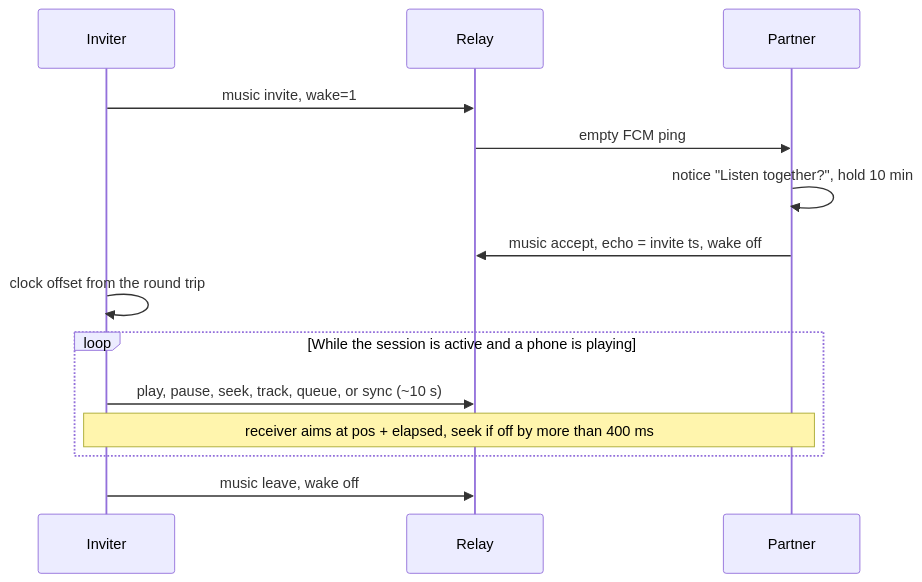
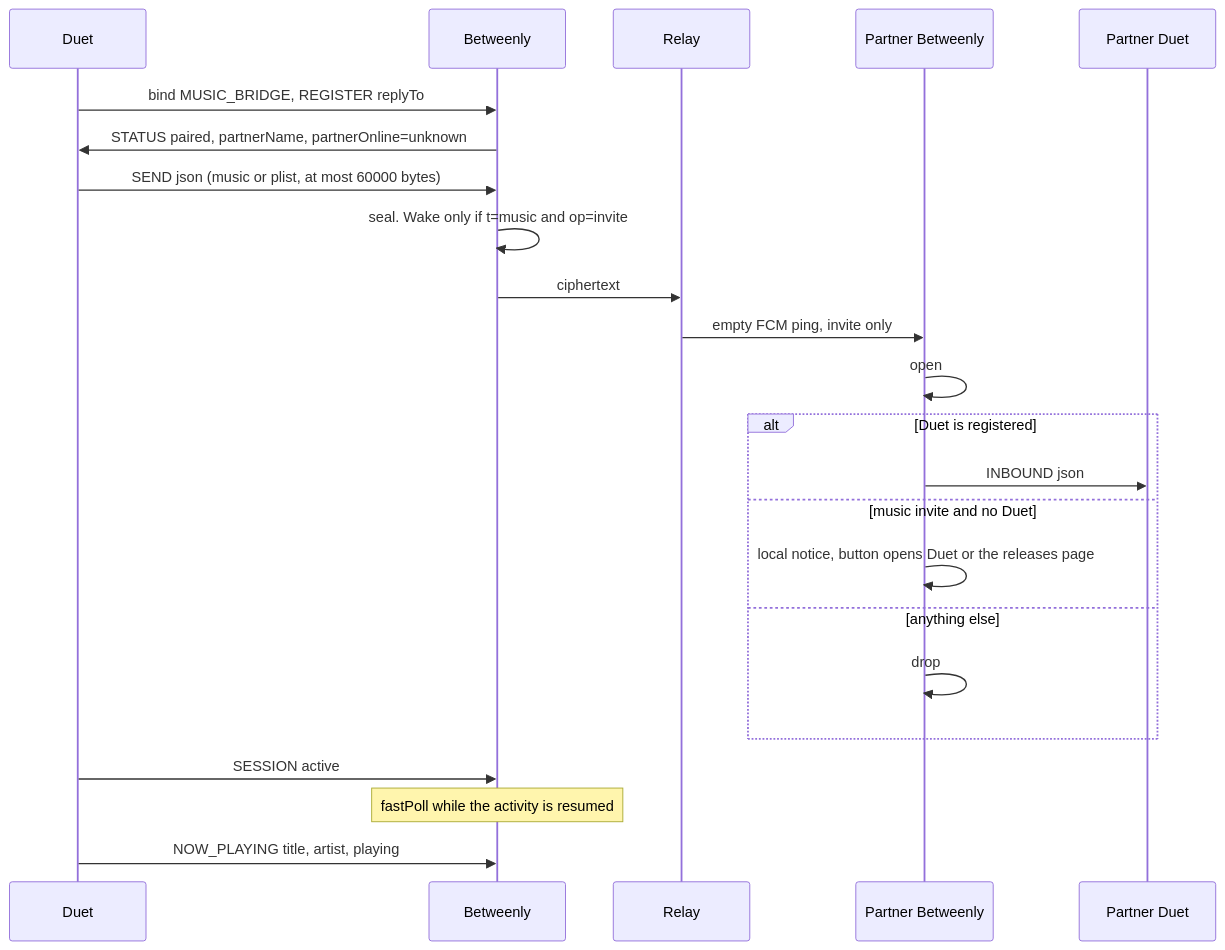
Before and after one commit to aceadones/Betweenly: the sixth of 7 diagrams in ARCHITECTURE.md, drawn with Mermaid. The commit also changed other lines of this file and 47 other files, not shown here.

Commit message:
Betweenly 0.0.1: split music into Duet (bridge + card), AGPL-3.0 licence, repo rename

````diff
--- a/ARCHITECTURE.md
+++ b/ARCHITECTURE.md
@@ -189,16 +191,25 @@
 ```mermaid
 sequenceDiagram
-    participant A as Inviter
+    participant D as Duet
+    participant B as Betweenly
     participant R as Relay
-    participant B as Partner
-    A->>R: music invite, wake=1
-    R->>B: empty FCM ping
-    B->>B: notice "Listen together?", hold 10 min
-    B->>R: music accept, echo = invite ts, wake off
-    A->>A: clock offset from the round trip
-    loop While the session is active and a phone is playing
-        A->>R: play, pause, seek, track, queue, or sync (~10 s)
-        Note over A,B: receiver aims at pos + elapsed, seek if off by more than 400 ms
+    participant P as Partner Betweenly
+    participant E as Partner Duet
+    D->>B: bind MUSIC_BRIDGE, REGISTER replyTo
+    B->>D: STATUS paired, partnerName, partnerOnline=unknown
+    D->>B: SEND json (music or plist, at most 60000 bytes)
+    B->>B: seal. Wake only if t=music and op=invite
+    B->>R: ciphertext
+    R->>P: empty FCM ping, invite only
+    P->>P: open
+    alt Duet is registered
+        P->>E: INBOUND json
+    else music invite and no Duet
+        P->>P: local notice, button opens Duet or the releases page
+    else anything else
+        P->>P: drop
     end
-    A->>R: music leave, wake off
+    D->>B: SESSION active
+    Note over B: fastPoll while the activity is resumed
+    D->>B: NOW_PLAYING title, artist, playing
 ```
````
